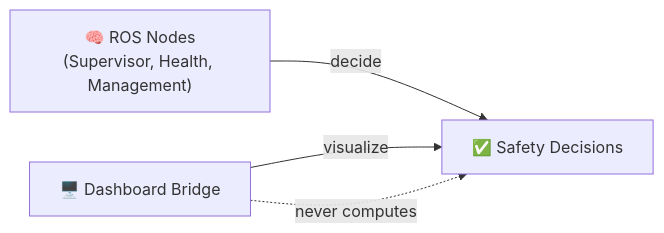
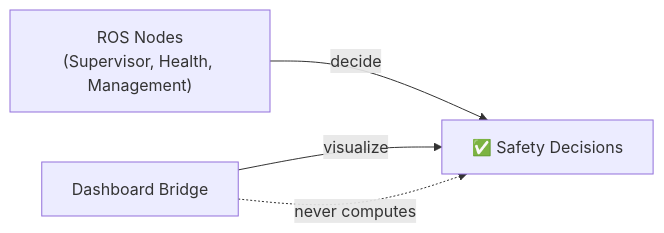
Before and after one commit to NILAMATHI1999/drone-health-modular-framework: the fourth of 5 diagrams in src/drone_health_dashboard/README.md, drawn with Mermaid. The commit also changed other lines of this file, not shown here.

````diff
--- a/src/drone_health_dashboard/README.md
+++ b/src/drone_health_dashboard/README.md
@@ -161,6 +161,6 @@
 ```mermaid
 graph LR
-    ROS["🧠 ROS Nodes<br/>(Supervisor, Health, Management)"] -->|"decide"| Decision["✅ Safety Decisions"]
-    Bridge["🖥️ Dashboard Bridge"] -->|"visualize"| Decision
+    ROS[" ROS Nodes<br/>(Supervisor, Health, Management)"] -->|"decide"| Decision["✅ Safety Decisions"]
+    Bridge[" Dashboard Bridge"] -->|"visualize"| Decision
     Bridge -.->|"never computes"| Decision
 ```
````
